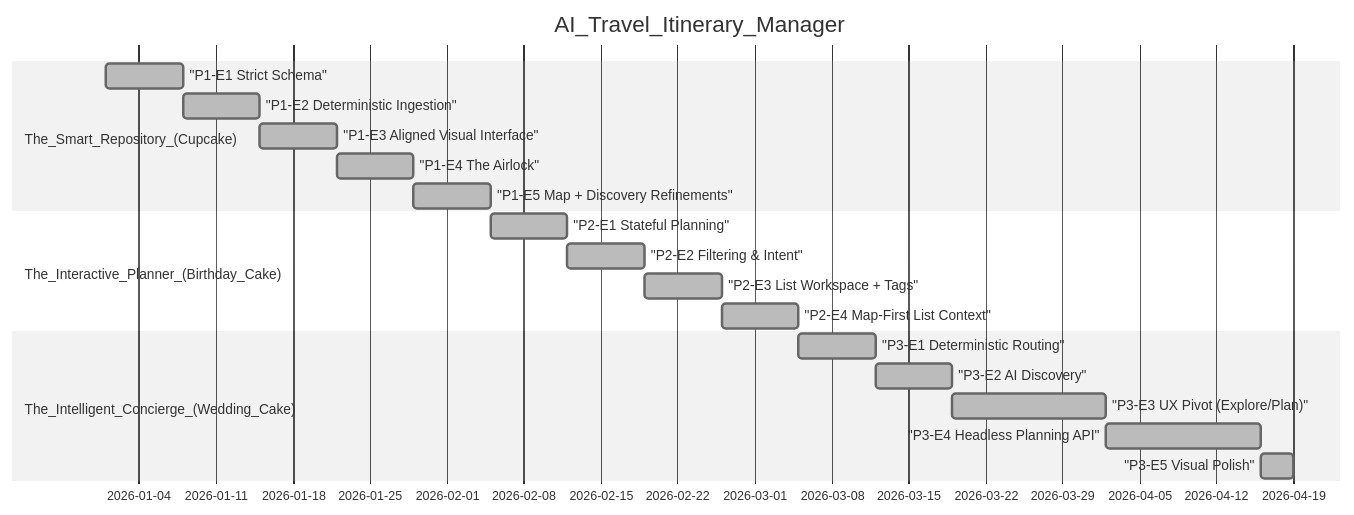
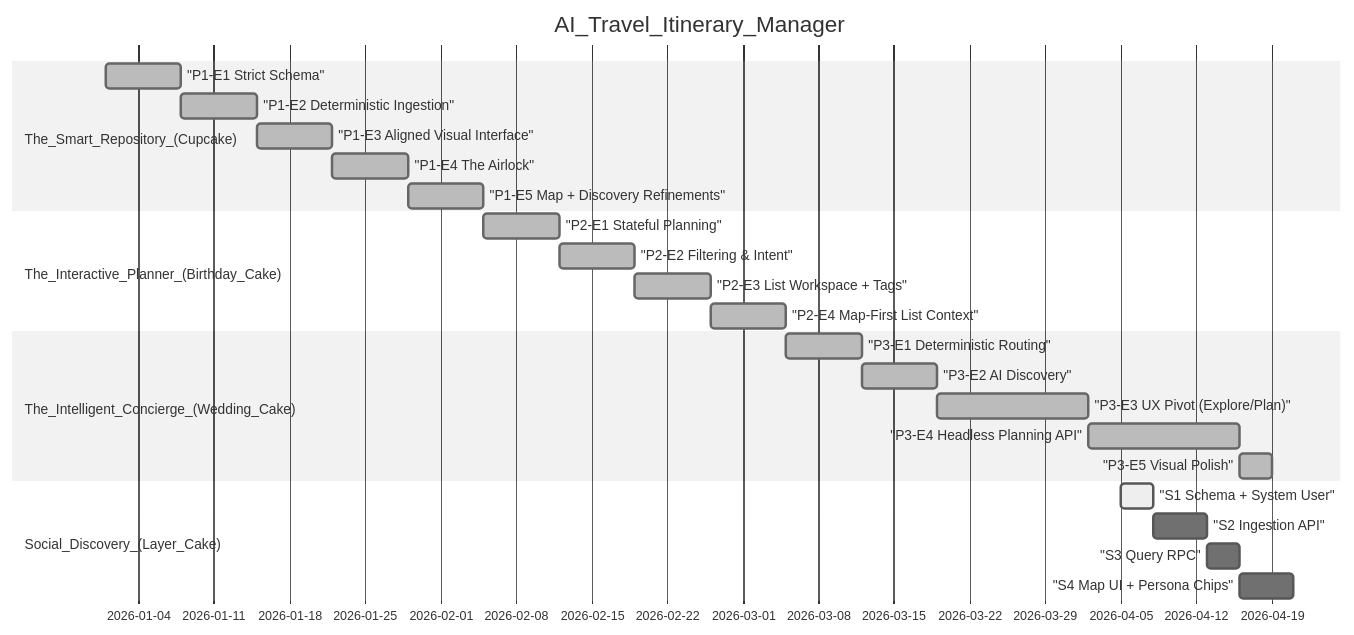
The diagram in CONTEXT.md (walshkang/acerca-trip-planner), drawn with Mermaid (neutral theme) before and after one commit. The commit also changed other lines of this file and 214 other files, not shown here.

````diff
--- a/CONTEXT.md
+++ b/CONTEXT.md
@@ -144,22 +152,27 @@
 ```mermaid
 gantt
   dateFormat YYYY-MM-DD
   title AI_Travel_Itinerary_Manager
   section The_Smart_Repository_(Cupcake)
   "P1-E1 Strict Schema" :done, p1e1, 2026-01-01, 7d
   "P1-E2 Deterministic Ingestion" :done, p1e2, after p1e1, 7d
   "P1-E3 Aligned Visual Interface" :done, p1e3, after p1e2, 7d
   "P1-E4 The Airlock" :done, p1e4, after p1e3, 7d
   "P1-E5 Map + Discovery Refinements" :done, p1e5, after p1e4, 7d
   section The_Interactive_Planner_(Birthday_Cake)
   "P2-E1 Stateful Planning" :done, p2e1, after p1e5, 7d
   "P2-E2 Filtering & Intent" :done, p2e2, after p2e1, 7d
   "P2-E3 List Workspace + Tags" :done, p2e3, after p2e2, 7d
   "P2-E4 Map-First List Context" :done, p2e4, after p2e3, 7d
   section The_Intelligent_Concierge_(Wedding_Cake)
   "P3-E1 Deterministic Routing" :done, p3e1, after p2e4, 7d
   "P3-E2 AI Discovery" :done, p3e2, after p3e1, 7d
   "P3-E3 UX Pivot (Explore/Plan)" :done, p3e3, after p3e2, 14d
   "P3-E4 Headless Planning API" :done, p3e4, after p3e3, 14d
   "P3-E5 Visual Polish" :done, p3e5, after p3e4, 3d
+  section Social_Discovery_(Layer_Cake)
+  "S1 Schema + System User" :active, s1, 2026-04-05, 3d
+  "S2 Ingestion API" :s2, after s1, 5d
+  "S3 Query RPC" :s3, after s2, 3d
+  "S4 Map UI + Persona Chips" :s4, after s3, 5d
 ```
````
